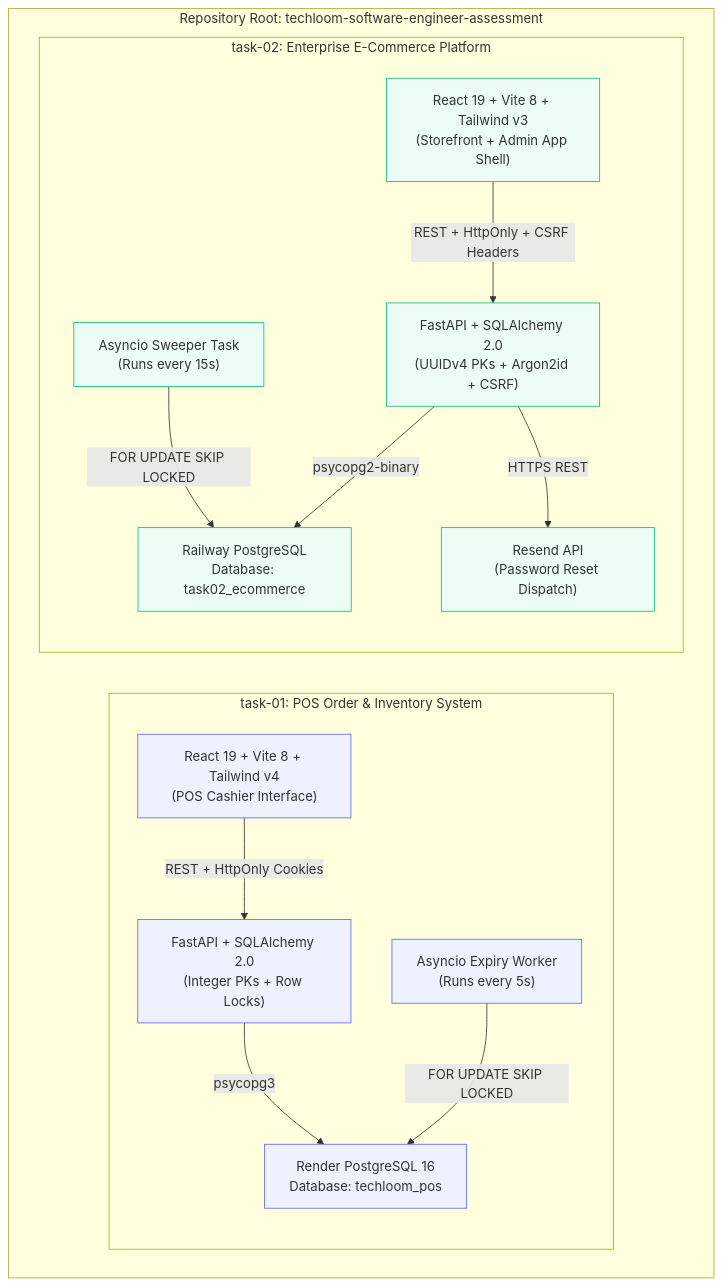
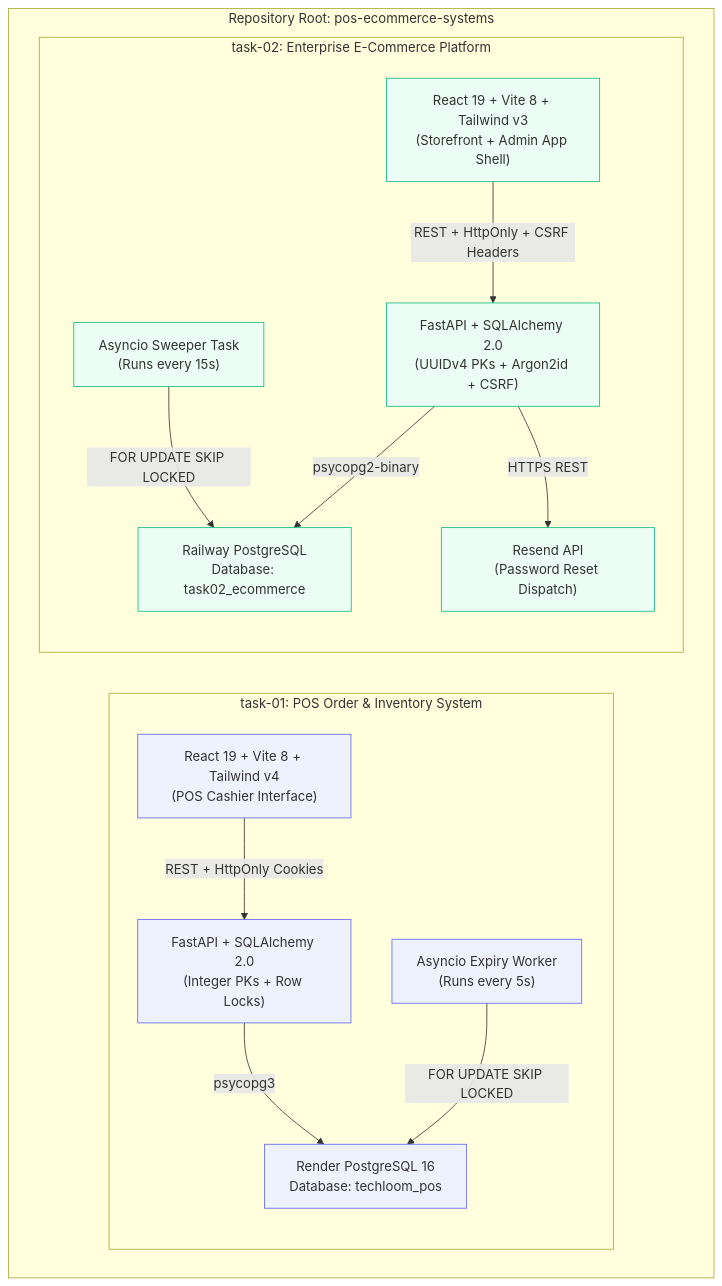
Before and after one commit to arudkumaran19/pos-ecommerce-systems: the first of 22 diagrams in README.md, drawn with Mermaid. The commit also changed other lines of this file, not shown here.

First line of the commit message:
docs: clean up assessment and intern terminology across README

````diff
--- a/README.md
+++ b/README.md
@@ -113,33 +113,33 @@
 ```mermaid
 graph TB
-    subgraph Monorepo ["Repository Root: techloom-software-engineer-assessment"]
+    subgraph Monorepo ["Repository Root: pos-ecommerce-systems"]
         subgraph Task01 ["task-01: POS Order & Inventory System"]
             T1_FE["React 19 + Vite 8 + Tailwind v4<br/>(POS Cashier Interface)"]
             T1_BE["FastAPI + SQLAlchemy 2.0<br/>(Integer PKs + Row Locks)"]
             T1_DB["Render PostgreSQL 16<br/>Database: techloom_pos"]
             T1_Worker["Asyncio Expiry Worker<br/>(Runs every 5s)"]
             
             T1_FE -->|REST + HttpOnly Cookies| T1_BE
             T1_BE -->|psycopg3| T1_DB
             T1_Worker -->|FOR UPDATE SKIP LOCKED| T1_DB
         end
 
         subgraph Task02 ["task-02: Enterprise E-Commerce Platform"]
             T2_FE["React 19 + Vite 8 + Tailwind v3<br/>(Storefront + Admin App Shell)"]
             T2_BE["FastAPI + SQLAlchemy 2.0<br/>(UUIDv4 PKs + Argon2id + CSRF)"]
             T2_DB["Railway PostgreSQL<br/>Database: task02_ecommerce"]
             T2_Sweeper["Asyncio Sweeper Task<br/>(Runs every 15s)"]
             T2_Resend["Resend API<br/>(Password Reset Dispatch)"]
             
             T2_FE -->|REST + HttpOnly + CSRF Headers| T2_BE
             T2_BE -->|psycopg2-binary| T2_DB
             T2_BE -->|HTTPS REST| T2_Resend
             T2_Sweeper -->|FOR UPDATE SKIP LOCKED| T2_DB
         end
     end
 
     classDef t1 fill:#eef2ff,stroke:#6366f1,stroke-width:1px;
     classDef t2 fill:#ecfdf5,stroke:#10b981,stroke-width:1px;
     class T1_FE,T1_BE,T1_DB,T1_Worker t1;
     class T2_FE,T2_BE,T2_DB,T2_Sweeper,T2_Resend t2;
 ```
````
